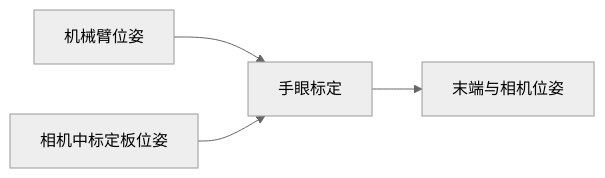
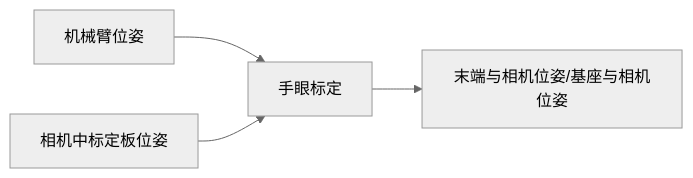
One commit to jiangjiang-888/handeye-calib-er changed the diagram in README.md. Above: the diagram before and after it, drawn with Mermaid (neutral theme). The commit also changed other lines of this file and 12 other files, not shown here.

````diff
--- a/README.md
+++ b/README.md
@@ -10,6 +11,6 @@
 ```mermaid
 graph LR
     A[机械臂位姿] -->C[手眼标定]
     B[相机中标定板位姿] -->C
-    C --> F[末端与相机位姿]
+    C --> F[末端与相机位姿/基座与相机位姿]
 ```
````
